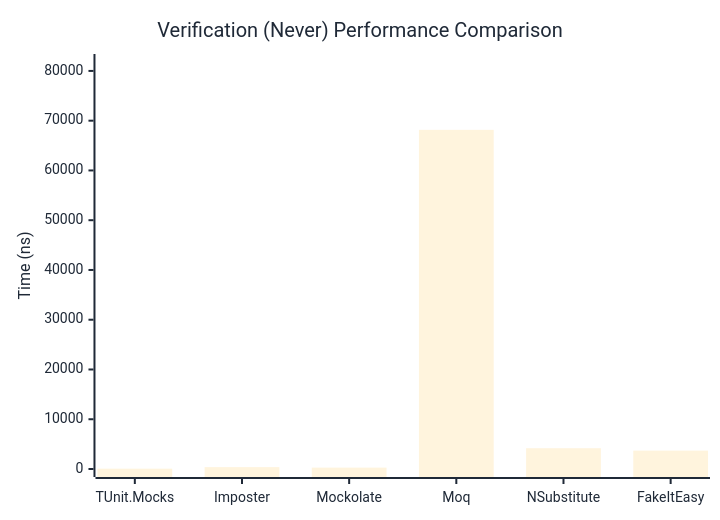
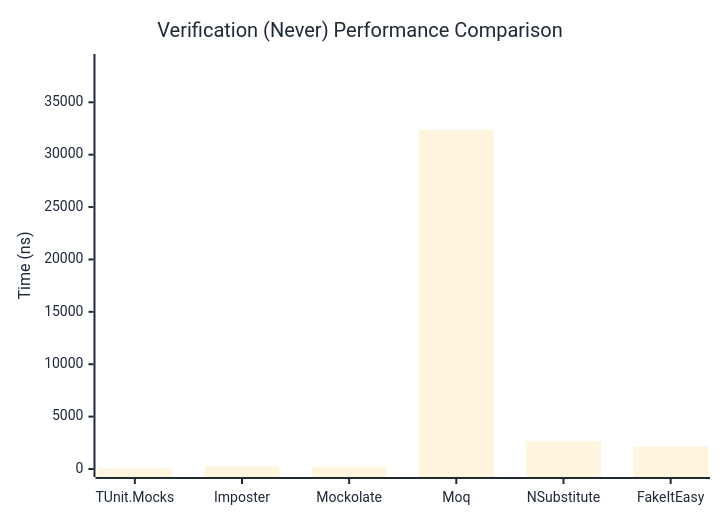
Before and after one commit to thomhurst/TUnit: the second of 3 diagrams in docs/docs/benchmarks/mocks/Verification.md, drawn with Mermaid. The commit also changed other lines of this file and 14 other files, not shown here.

````diff
--- a/docs/docs/benchmarks/mocks/Verification.md
+++ b/docs/docs/benchmarks/mocks/Verification.md
@@ -71,27 +71,27 @@
 ```mermaid
 %%{init: {
   'theme':'base',
   'themeVariables': {
     'primaryColor': '#2563eb',
     'primaryTextColor': '#1f2937',
     'primaryBorderColor': '#1e40af',
     'lineColor': '#6b7280',
     'secondaryColor': '#7c3aed',
     'tertiaryColor': '#dc2626',
     'background': '#ffffff',
     'pie1': '#2563eb',
     'pie2': '#7c3aed',
     'pie3': '#dc2626',
     'pie4': '#f59e0b',
     'pie5': '#10b981',
     'pie6': '#06b6d4',
     'pie7': '#ec4899',
     'pie8': '#6366f1'
   }
 }}%%
 xychart-beta
   title "Verification (Never) Performance Comparison"
   x-axis ["TUnit.Mocks", "Imposter", "Mockolate", "Moq", "NSubstitute", "FakeItEasy"]
-  y-axis "Time (ns)" 0 --> 81793
-  bar [64.53, 376.67, 278.98, 68160.06, 4178.41, 3691.91]
+  y-axis "Time (ns)" 0 --> 38846
+  bar [41.08, 256.99, 180, 32371.26, 2642.51, 2152.7]
 ```
````
